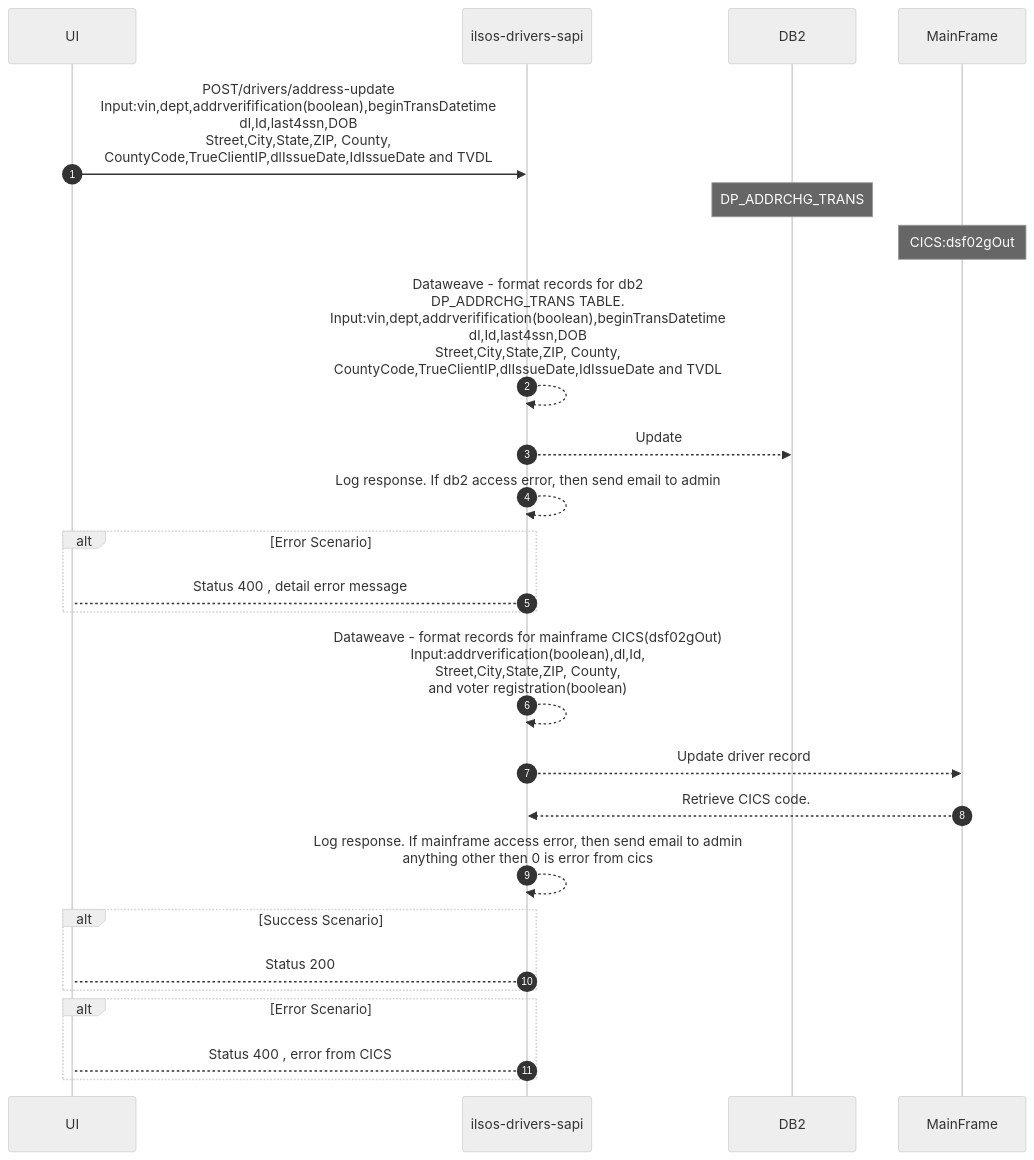
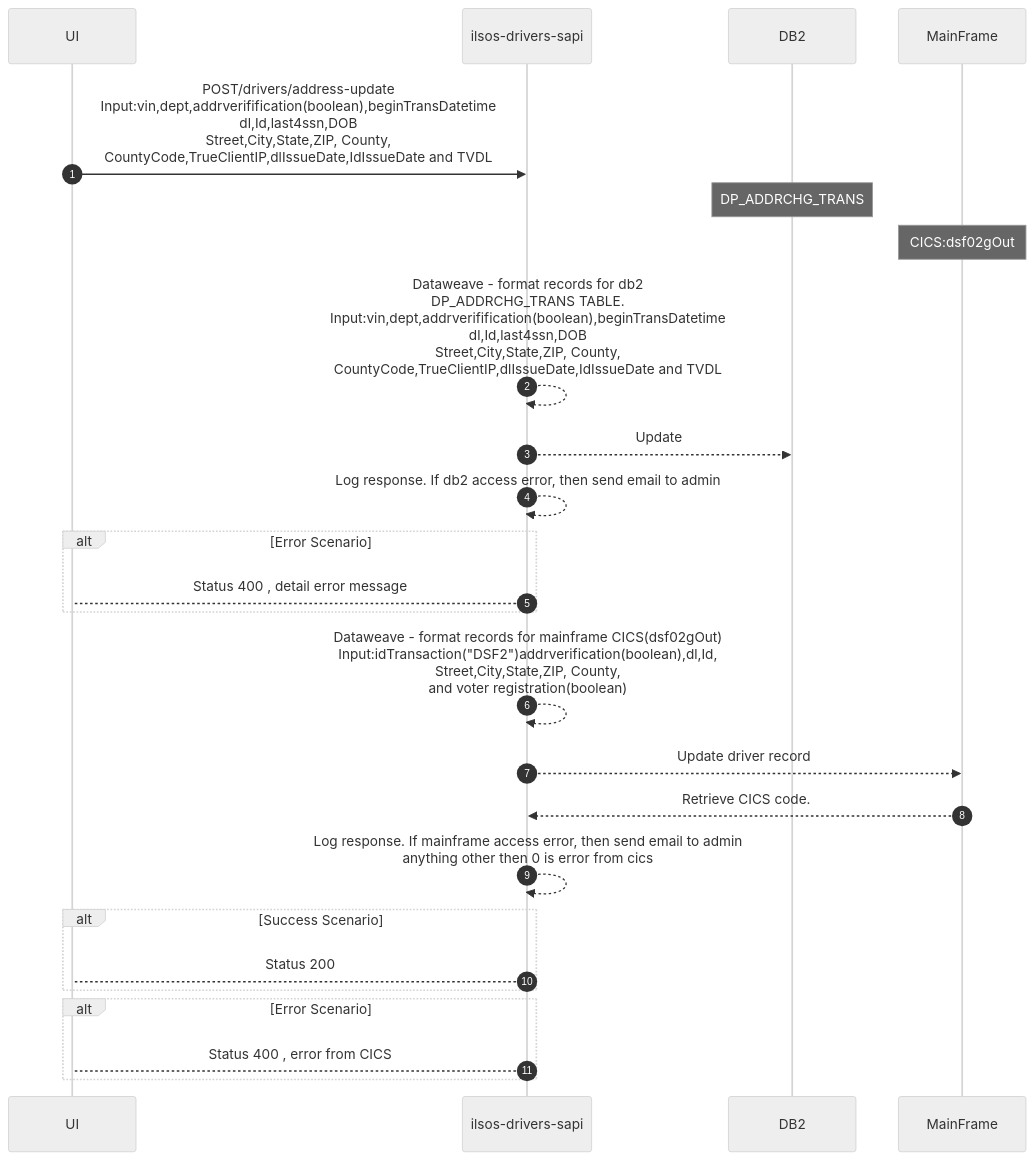
The first of 3 diagrams in README.md (acme-devs/ilsos-drivers-sapi), drawn with Mermaid (neutral theme) before and after one commit.

````diff
--- a/README.md
+++ b/README.md
@@ -32,29 +32,29 @@
 ```mermaid
 sequenceDiagram
     autonumber
     participant ui as UI
     participant api as ilsos-drivers-sapi
     participant db2 as DB2
     participant mainframe as MainFrame
 
     ui->>api:POST/drivers/address-update <br>Input:vin,dept,addrverifification(boolean),beginTransDatetime<br>dl,Id,last4ssn,DOB<br>Street,City,State,ZIP, County,<br>CountyCode,TrueClientIP,dlIssueDate,IdIssueDate and TVDL
 
     note over db2:DP_ADDRCHG_TRANS
     note over mainframe:CICS:dsf02gOut
     api-->>api:Dataweave - format records for db2<BR> DP_ADDRCHG_TRANS TABLE.<br>Input:vin,dept,addrverifification(boolean),beginTransDatetime<br>dl,Id,last4ssn,DOB<br>Street,City,State,ZIP, County,<br>CountyCode,TrueClientIP,dlIssueDate,IdIssueDate and TVDL
     api-->>db2:Update
     api-->>api:Log response. If db2 access error, then send email to admin
     alt Error Scenario 
         api-->ui: Status 400 , detail error message
     end
-    api-->>api:Dataweave - format records for mainframe CICS(dsf02gOut)<br> Input:addrverification(boolean),dl,Id,<br>Street,City,State,ZIP, County,<br>and voter registration(boolean)
+    api-->>api:Dataweave - format records for mainframe CICS(dsf02gOut)<br> Input:idTransaction("DSF2")addrverification(boolean),dl,Id,<br>Street,City,State,ZIP, County,<br>and voter registration(boolean)
     api-->>mainframe:Update driver record
     mainframe-->>api:Retrieve CICS code.
     api-->>api:Log response. If mainframe access error, then send email to admin<br>anything other then 0 is error from cics
     alt Success Scenario 
         api-->ui: Status 200 
     end
     alt Error Scenario 
         api-->ui: Status 400 , error from CICS
     end
   ```
````
